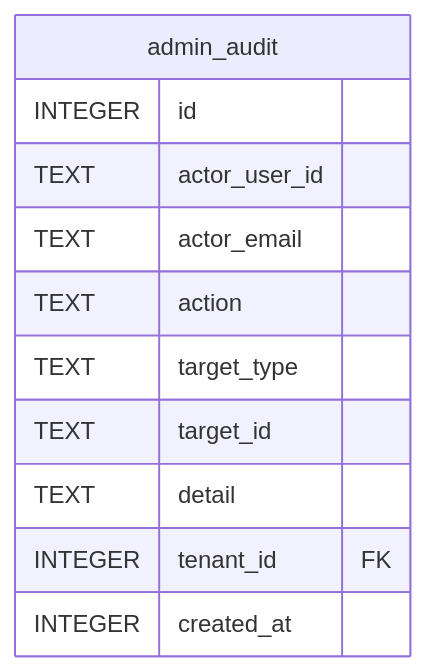
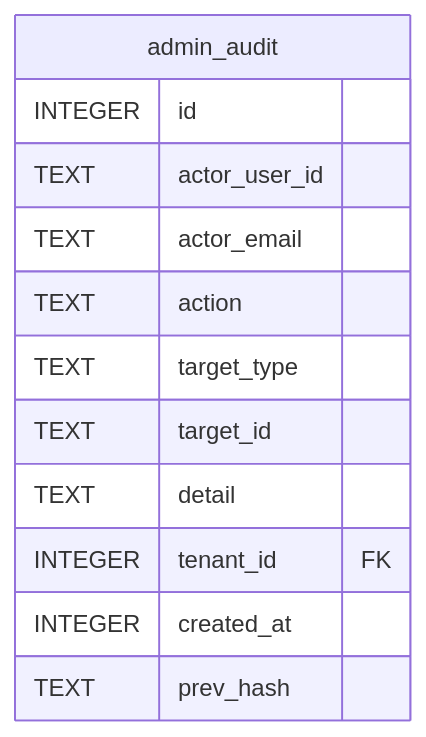
Before and after one commit to ktbhealth/docs: the diagram in content/docs/en/developers/plugins/audit/reference/schema.mmd, drawn with Mermaid. The commit also changed 7 other files, not shown here.

Commit message:
docs(erd): regenerate for product main — audit.admin_audit prev_hash

```diff
--- a/content/docs/en/developers/plugins/audit/reference/schema.mmd
+++ b/content/docs/en/developers/plugins/audit/reference/schema.mmd
@@ -1,14 +1,15 @@
 erDiagram
 
 
 "admin_audit" {
   INTEGER id
   TEXT actor_user_id
   TEXT actor_email
   TEXT action
   TEXT target_type
   TEXT target_id
   TEXT detail
   INTEGER tenant_id FK
   INTEGER created_at
+  TEXT prev_hash
 }
```
